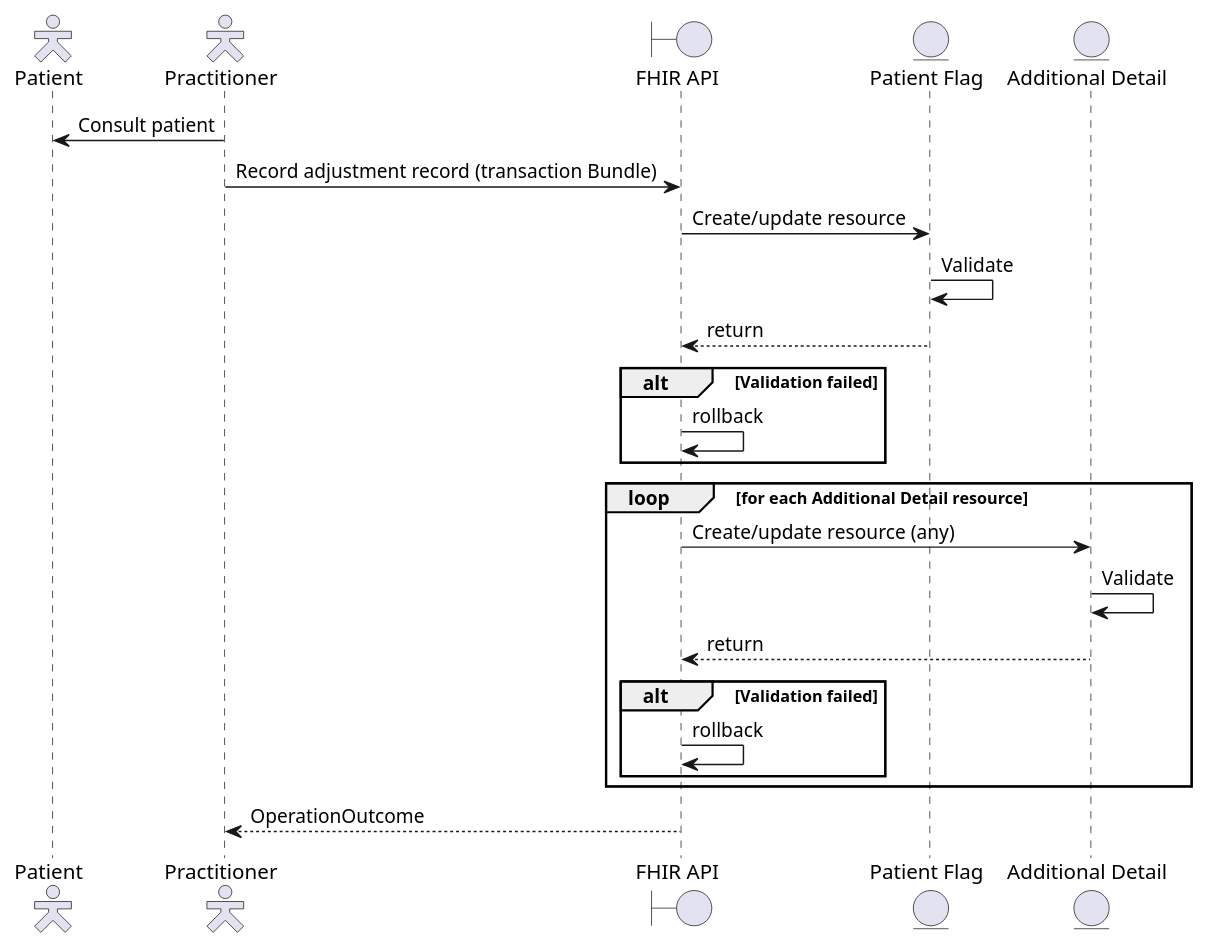
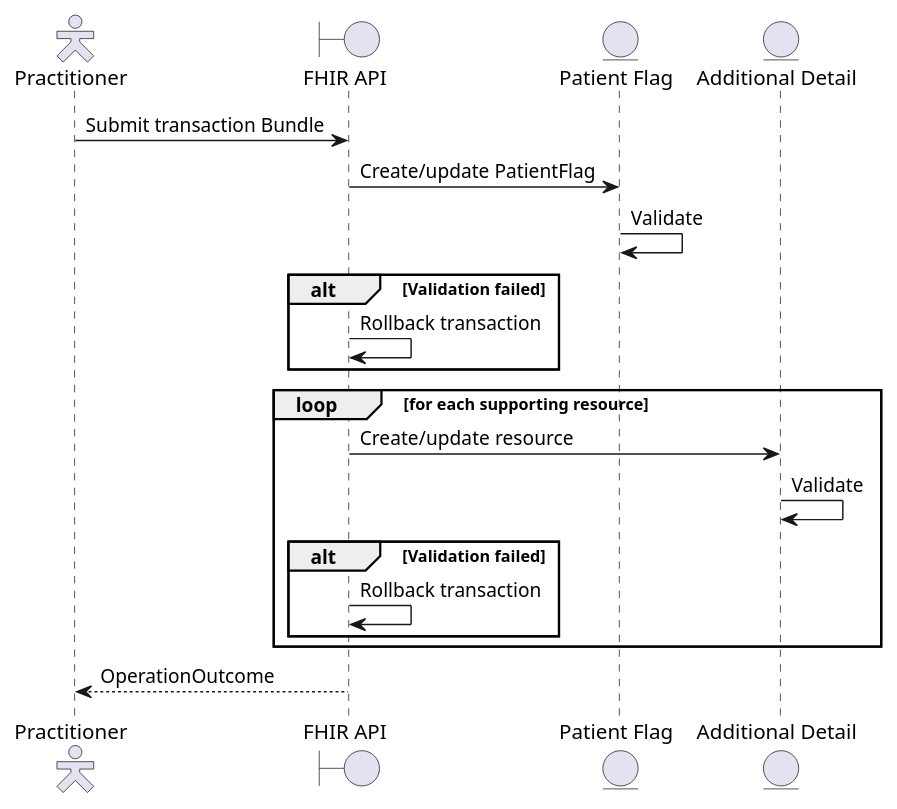
One commit to NHSDigital/IOPS-FHIR-Simplifier-Backup changed the second of 2 diagrams in NHSEnglandProgrammeImplementationGuides/backup/guides/Patient-Flag-Implementation-Guide-Beta/Home/Use-Cases-v2/PatientFlag-record/Add-a-PatientFlag-and-associated-resources.page.md. Above: the diagram before and after it, drawn with PlantUML. The commit also changed other lines of this file and 16 other files, not shown here.

```diff
--- a/NHSEnglandProgrammeImplementationGuides/backup/guides/Patient-Flag-Implementation-Guide-Beta/Home/Use-Cases-v2/PatientFlag-record/Add-a-PatientFlag-and-associated-resources.page.md
+++ b/NHSEnglandProgrammeImplementationGuides/backup/guides/Patient-Flag-Implementation-Guide-Beta/Home/Use-Cases-v2/PatientFlag-record/Add-a-PatientFlag-and-associated-resources.page.md
@@ -82,31 +84,28 @@
 @startuml
 
 skinparam actorStyle hollow
 
-actor        "Patient"          as pat
 actor        "Practitioner"     as pra
 boundary     "FHIR API"         as api
 entity       "Patient Flag"     as flg
 entity       "Additional Detail"  as add
 
-pra ->  pat : Consult patient
-pra ->  api : Record adjustment record (transaction Bundle)
+pra ->  api : Submit transaction Bundle
 
-api ->  flg : Create/update resource
+api ->  flg : Create/update PatientFlag
 flg ->  flg : Validate
-api <-- flg : return
 alt Validation failed
-  api -> api : rollback
+  api -> api : Rollback transaction
 end
 
-loop for each Additional Detail resource
-  api ->  add : Create/update resource (any)
-  add ->  add : Validate
-  api <-- add : return
+loop for each supporting resource
+  api -> add : Create/update resource
+  add -> add : Validate
   alt Validation failed
-    api -> api : rollback
+    api -> api : Rollback transaction
   end
 end
+
 pra <-- api : OperationOutcome
 
 @enduml
```
